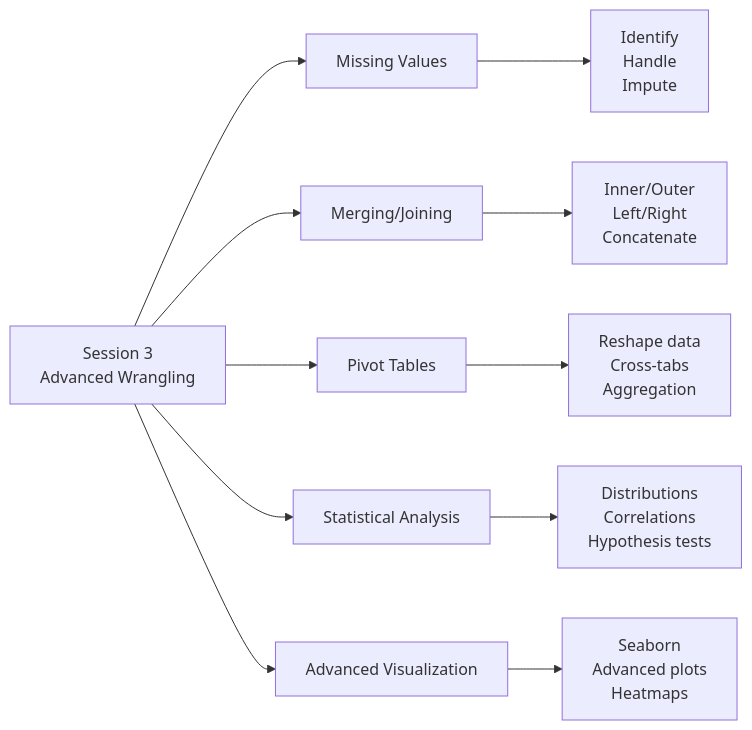
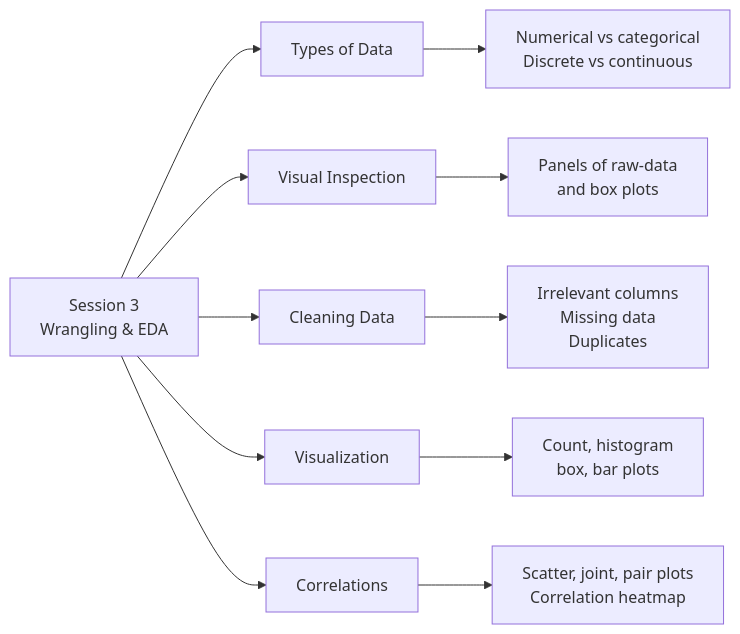
The fourth of 11 diagrams in module-bd/DOCUMENTATION.md (iportilla/CItraining), drawn with Mermaid before and after one commit. The commit also changed other lines of this file and 4 other files, not shown here.

````diff
--- a/module-bd/DOCUMENTATION.md
+++ b/module-bd/DOCUMENTATION.md
@@ -243,14 +474,14 @@
 ```mermaid
 graph LR
-    A["Session 3<br/>Advanced Wrangling"] --> B["Missing Values"]
-    A --> C["Merging/Joining"]
-    A --> D["Pivot Tables"]
-    A --> E["Statistical Analysis"]
-    A --> F["Advanced Visualization"]
+    A["Session 3<br/>Wrangling & EDA"] --> B["Types of Data"]
+    A --> C["Visual Inspection"]
+    A --> D["Cleaning Data"]
+    A --> E["Visualization"]
+    A --> F["Correlations"]
     
-    B --> B1["Identify<br/>Handle<br/>Impute"]
-    C --> C1["Inner/Outer<br/>Left/Right<br/>Concatenate"]
-    D --> D1["Reshape data<br/>Cross-tabs<br/>Aggregation"]
-    E --> E1["Distributions<br/>Correlations<br/>Hypothesis tests"]
-    F --> F1["Seaborn<br/>Advanced plots<br/>Heatmaps"]
+    B --> B1["Numerical vs categorical<br/>Discrete vs continuous"]
+    C --> C1["Panels of raw-data<br/>and box plots"]
+    D --> D1["Irrelevant columns<br/>Missing data<br/>Duplicates"]
+    E --> E1["Count, histogram<br/>box, bar plots"]
+    F --> F1["Scatter, joint, pair plots<br/>Correlation heatmap"]
 ```
````
